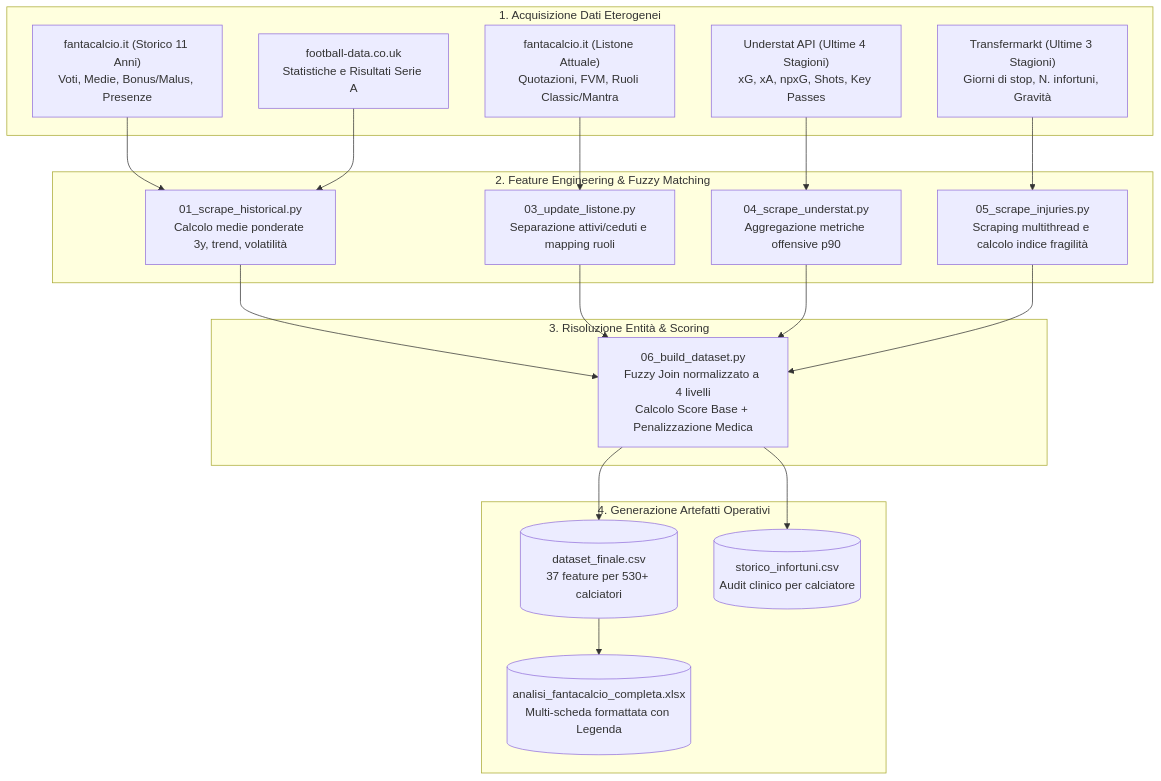
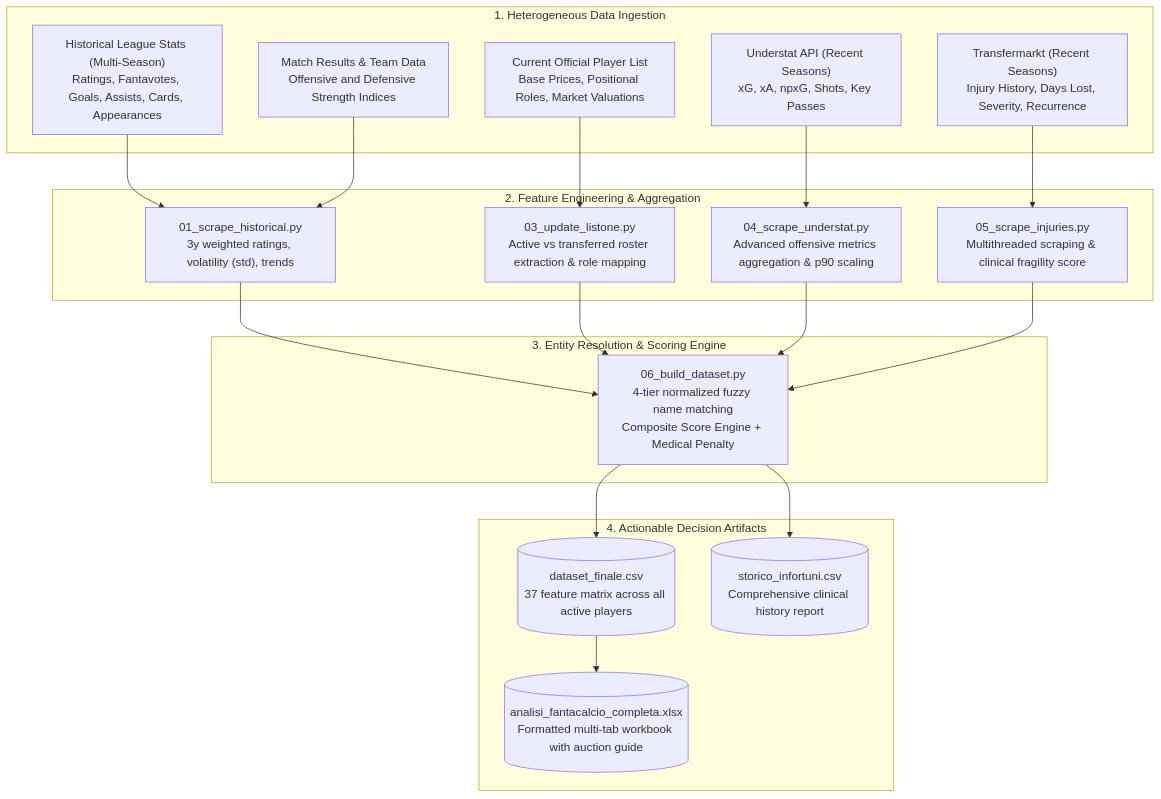
One commit to spectrelabo/fanta-lab changed the first of 4 diagrams in README.md. Above: the diagram before and after it, drawn with Mermaid. The commit also changed other lines of this file and 3 other files, not shown here.

````diff
--- a/README.md
+++ b/README.md
@@ -35,42 +36,42 @@
 ```mermaid
 flowchart TD
-    subgraph Ingestion [1. Acquisizione Dati Eterogenei]
-        FC_Hist["fantacalcio.it (Storico 11 Anni)<br/>Voti, Medie, Bonus/Malus, Presenze"]
-        FC_Quot["fantacalcio.it (Listone Attuale)<br/>Quotazioni, FVM, Ruoli Classic/Mantra"]
-        US["Understat API (Ultime 4 Stagioni)<br/>xG, xA, npxG, Shots, Key Passes"]
-        TM["Transfermarkt (Ultime 3 Stagioni)<br/>Giorni di stop, N. infortuni, Gravità"]
-        FD["football-data.co.uk<br/>Statistiche e Risultati Serie A"]
+    subgraph Ingestion [1. Heterogeneous Data Ingestion]
+        FC_Hist["Historical League Stats (Multi-Season)<br/>Ratings, Fantavotes, Goals, Assists, Cards, Appearances"]
+        FC_Quot["Current Official Player List<br/>Base Prices, Positional Roles, Market Valuations"]
+        US["Understat API (Recent Seasons)<br/>xG, xA, npxG, Shots, Key Passes"]
+        TM["Transfermarkt (Recent Seasons)<br/>Injury History, Days Lost, Severity, Recurrence"]
+        FD["Match Results & Team Data<br/>Offensive and Defensive Strength Indices"]
     end
 
-    subgraph Processing [2. Feature Engineering & Fuzzy Matching]
-        P1["01_scrape_historical.py<br/>Calcolo medie ponderate 3y, trend, volatilità"]
-        P2["03_update_listone.py<br/>Separazione attivi/ceduti e mapping ruoli"]
-        P3["04_scrape_understat.py<br/>Aggregazione metriche offensive p90"]
-        P4["05_scrape_injuries.py<br/>Scraping multithread e calcolo indice fragilità"]
+    subgraph Processing [2. Feature Engineering & Aggregation]
+        P1["01_scrape_historical.py<br/>3y weighted ratings, volatility (std), trends"]
+        P2["03_update_listone.py<br/>Active vs transferred roster extraction & role mapping"]
+        P3["04_scrape_understat.py<br/>Advanced offensive metrics aggregation & p90 scaling"]
+        P4["05_scrape_injuries.py<br/>Multithreaded scraping & clinical fragility score"]
     end
 
-    subgraph Fusion [3. Risoluzione Entità & Scoring]
-        P5["06_build_dataset.py<br/>Fuzzy Join normalizzato a 4 livelli<br/>Calcolo Score Base + Penalizzazione Medica"]
+    subgraph Fusion [3. Entity Resolution & Scoring Engine]
+        P5["06_build_dataset.py<br/>4-tier normalized fuzzy name matching<br/>Composite Score Engine + Medical Penalty"]
     end
 
-    subgraph Output [4. Generazione Artefatti Operativi]
-        CSV[("dataset_finale.csv<br/>37 feature per 530+ calciatori")]
-        XLSX[("analisi_fantacalcio_completa.xlsx<br/>Multi-scheda formattata con Legenda")]
-        INJ[("storico_infortuni.csv<br/>Audit clinico per calciatore")]
+    subgraph Output [4. Actionable Decision Artifacts]
+        CSV[("dataset_finale.csv<br/>37 feature matrix across all active players")]
+        XLSX[("analisi_fantacalcio_completa.xlsx<br/>Formatted multi-tab workbook with auction guide")]
+        INJ[("storico_infortuni.csv<br/>Comprehensive clinical history report")]
     end
 
     FC_Hist --> P1
     FD --> P1
     FC_Quot --> P2
     US --> P3
     TM --> P4
 
     P1 --> P5
     P2 --> P5
     P3 --> P5
     P4 --> P5
 
     P5 --> CSV
     P5 --> INJ
     CSV --> XLSX
 ```
````
